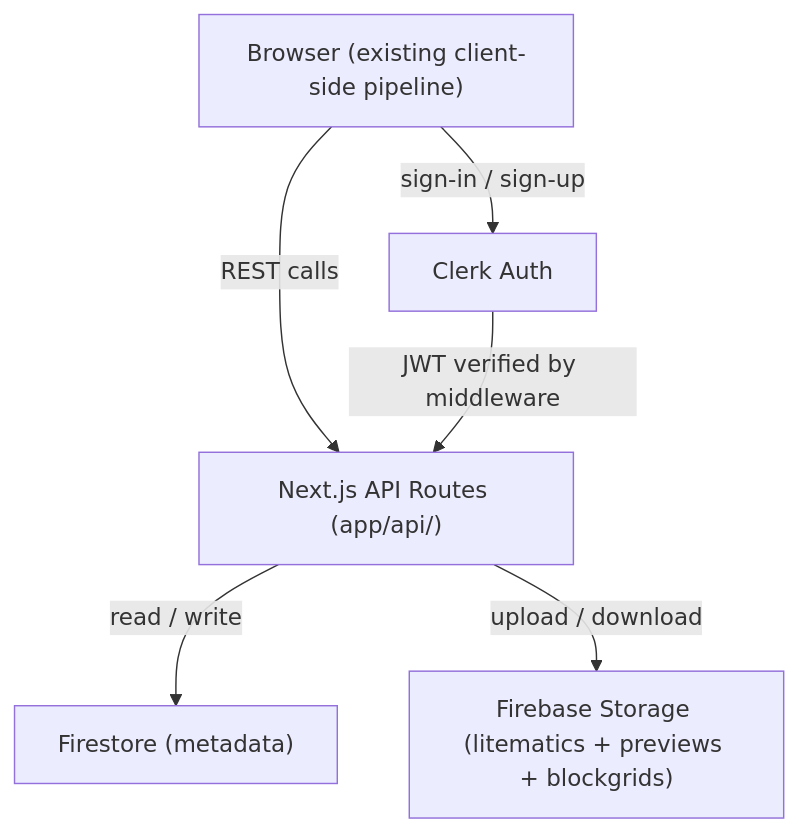
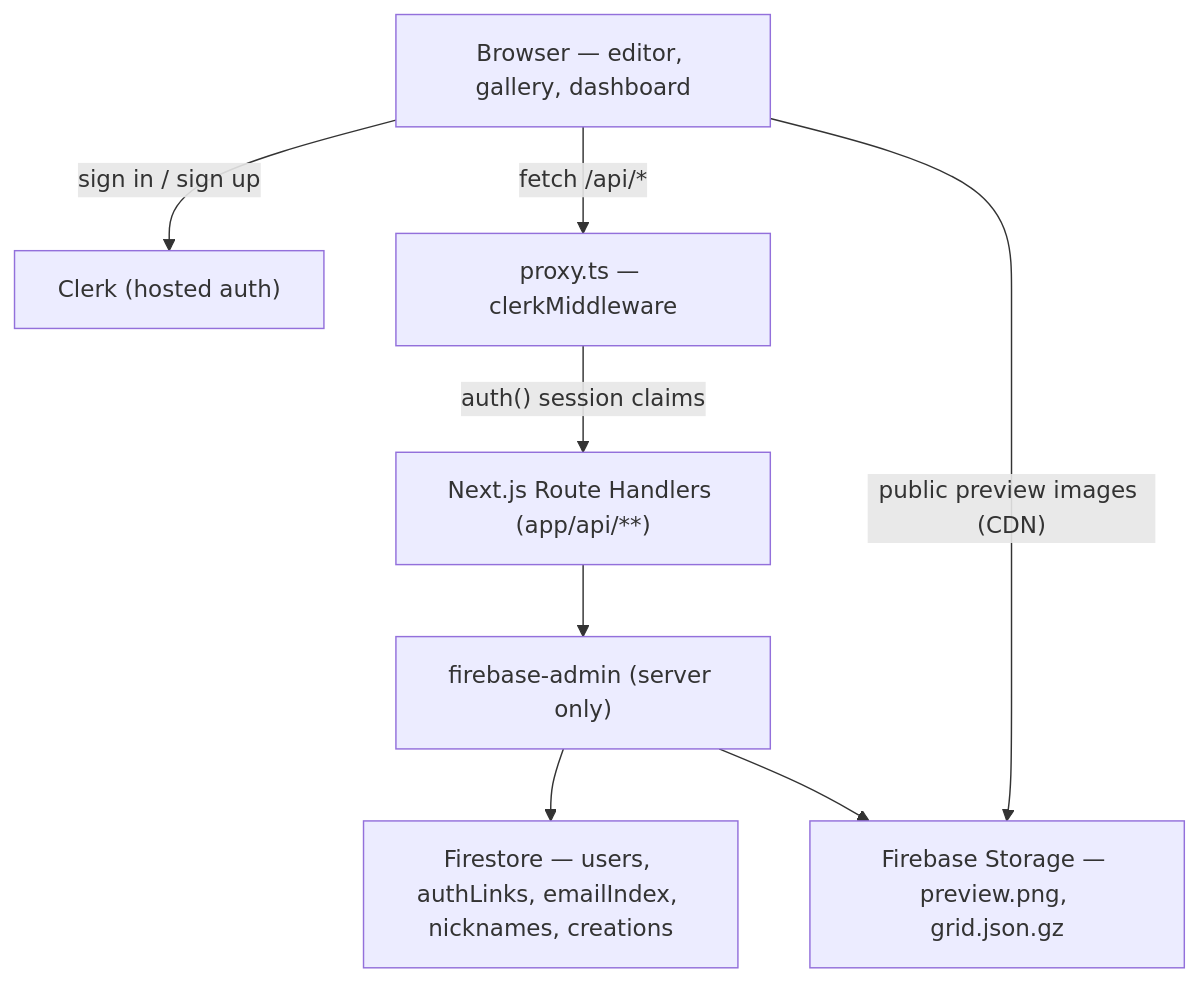
Before and after one commit to imjpfeliciano/minecraft-pixel-art-generator: the first of 2 diagrams in .cursor/plans/socialization-platform.md, drawn with Mermaid. The commit also changed other lines of this file and 3 other files, not shown here.

````diff
--- a/.cursor/plans/socialization-platform.md
+++ b/.cursor/plans/socialization-platform.md
@@ -54,14 +209,18 @@
 ```mermaid
 flowchart TD
-    Browser["Browser (existing client-side pipeline)"]
-    Clerk["Clerk Auth"]
-    NextAPI["Next.js API Routes (app/api/)"]
-    Firestore["Firestore (metadata)"]
-    FBStorage["Firebase Storage (litematics + previews + blockgrids)"]
-    
-    Browser -->|"sign-in / sign-up"| Clerk
-    Browser -->|"REST calls"| NextAPI
-    NextAPI -->|"read / write"| Firestore
-    NextAPI -->|"upload / download"| FBStorage
-    Clerk -->|"JWT verified by middleware"| NextAPI
+    Browser["Browser — editor, gallery, dashboard"]
+    Clerk["Clerk (hosted auth)"]
+    Proxy["proxy.ts — clerkMiddleware"]
+    Routes["Next.js Route Handlers (app/api/**)"]
+    Admin["firebase-admin (server only)"]
+    FS["Firestore — users, authLinks, emailIndex, nicknames, creations"]
+    ST["Firebase Storage — preview.png, grid.json.gz"]
+
+    Browser -->|"sign in / sign up"| Clerk
+    Browser -->|"fetch /api/*"| Proxy
+    Proxy -->|"auth() session claims"| Routes
+    Routes --> Admin
+    Admin --> FS
+    Admin --> ST
+    Browser -->|"public preview images (CDN)"| ST
 ```
````
